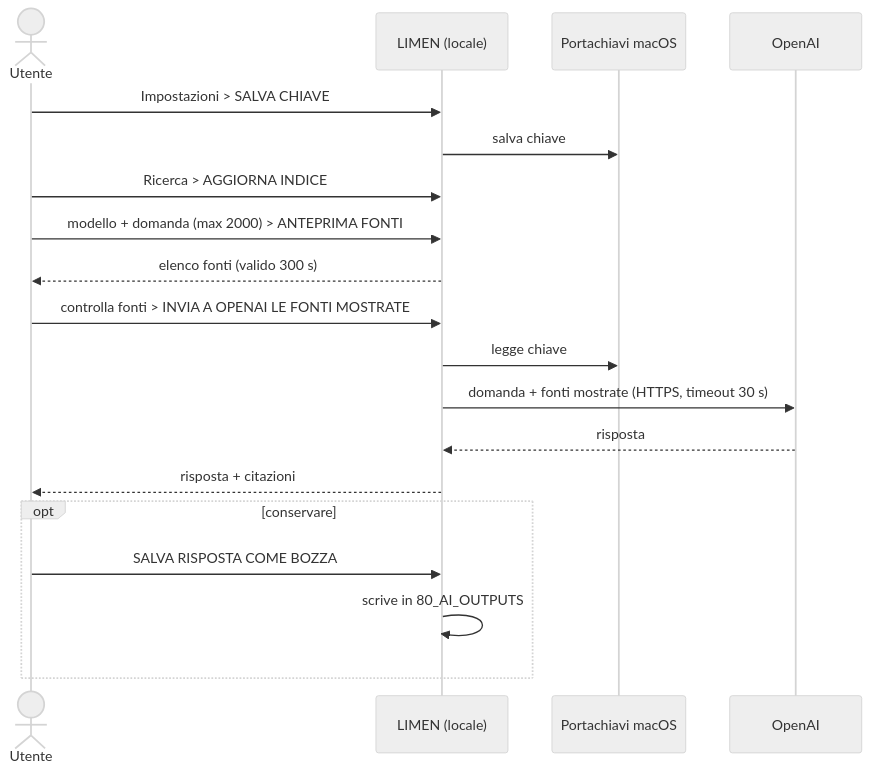
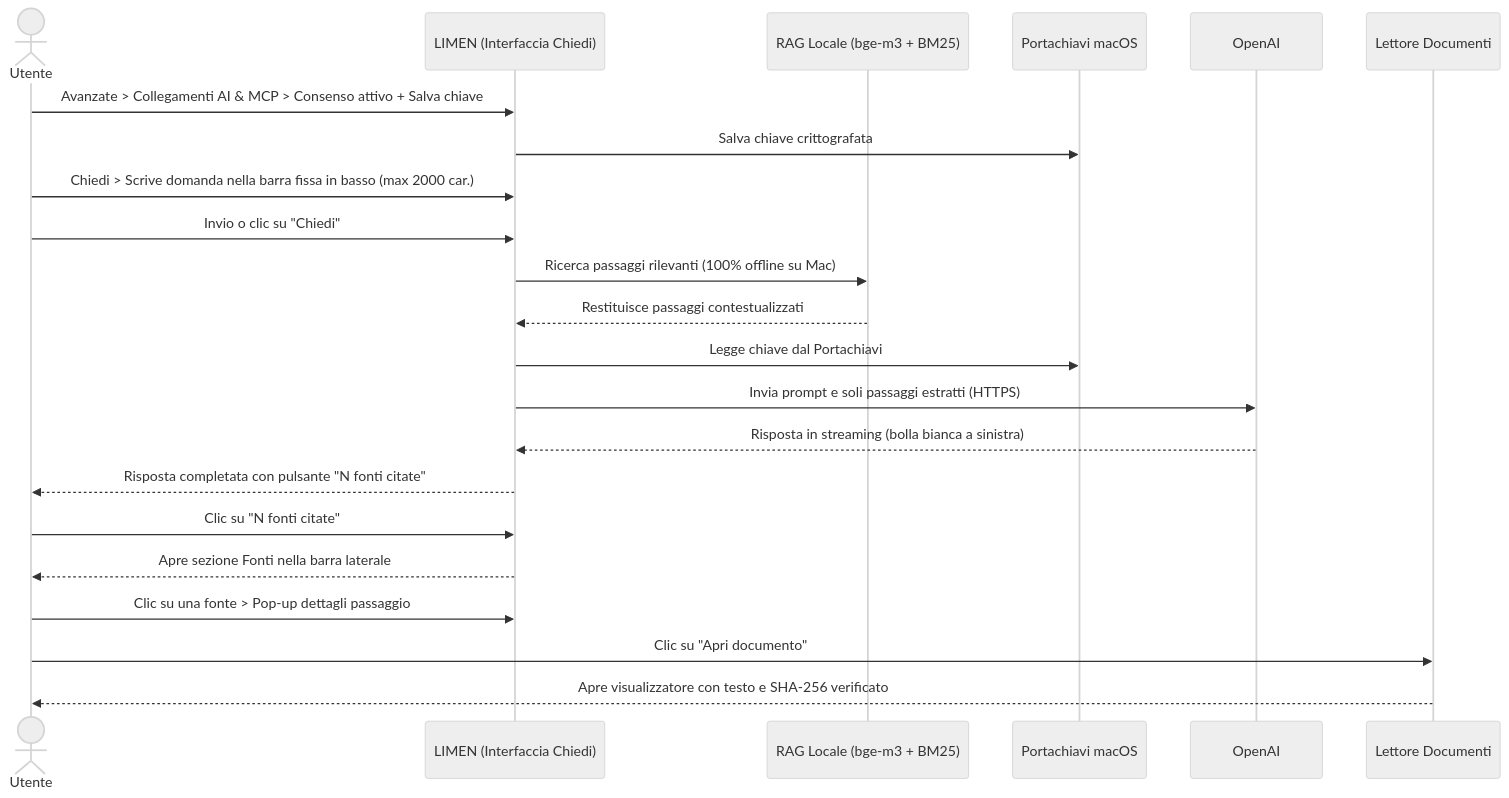
One commit to cesarenegro/vault_memai_obsi changed the seventh of 22 diagrams in HELP/04_WORKFLOW.md. Above: the diagram before and after it, drawn with Mermaid (neutral theme). The commit also changed other lines of this file and 4 other files, not shown here.

Commit message:
docs: allineamento istruzioni tester mac, manuale utente e help all'interfaccia V5

````diff
--- a/HELP/04_WORKFLOW.md
+++ b/HELP/04_WORKFLOW.md
@@ -119,21 +119,25 @@
 ```mermaid
 sequenceDiagram
   actor U as Utente
-  participant L as LIMEN (locale)
+  participant L as LIMEN (Interfaccia Chiedi)
+  participant RAG as RAG Locale (bge-m3 + BM25)
   participant K as Portachiavi macOS
   participant AI as OpenAI
-  U->>L: Impostazioni > SALVA CHIAVE
-  L->>K: salva chiave
-  U->>L: Ricerca > AGGIORNA INDICE
-  U->>L: modello + domanda (max 2000) > ANTEPRIMA FONTI
-  L-->>U: elenco fonti (valido 300 s)
-  U->>L: controlla fonti > INVIA A OPENAI LE FONTI MOSTRATE
-  L->>K: legge chiave
-  L->>AI: domanda + fonti mostrate (HTTPS, timeout 30 s)
-  AI-->>L: risposta
-  L-->>U: risposta + citazioni
-  opt conservare
-    U->>L: SALVA RISPOSTA COME BOZZA
-    L->>L: scrive in 80_AI_OUTPUTS
-  end
+  participant DOC as Lettore Documenti
+
+  U->>L: Avanzate > Collegamenti AI & MCP > Consenso attivo + Salva chiave
+  L->>K: Salva chiave crittografata
+  U->>L: Chiedi > Scrive domanda nella barra fissa in basso (max 2000 car.)
+  U->>L: Invio o clic su "Chiedi"
+  L->>RAG: Ricerca passaggi rilevanti (100% offline su Mac)
+  RAG-->>L: Restituisce passaggi contestualizzati
+  L->>K: Legge chiave dal Portachiavi
+  L->>AI: Invia prompt e soli passaggi estratti (HTTPS)
+  AI-->>L: Risposta in streaming (bolla bianca a sinistra)
+  L-->>U: Risposta completata con pulsante "N fonti citate"
+  U->>L: Clic su "N fonti citate"
+  L-->>U: Apre sezione Fonti nella barra laterale
+  U->>L: Clic su una fonte > Pop-up dettagli passaggio
+  U->>DOC: Clic su "Apri documento"
+  DOC-->>U: Apre visualizzatore con testo e SHA-256 verificato
 ```
````
